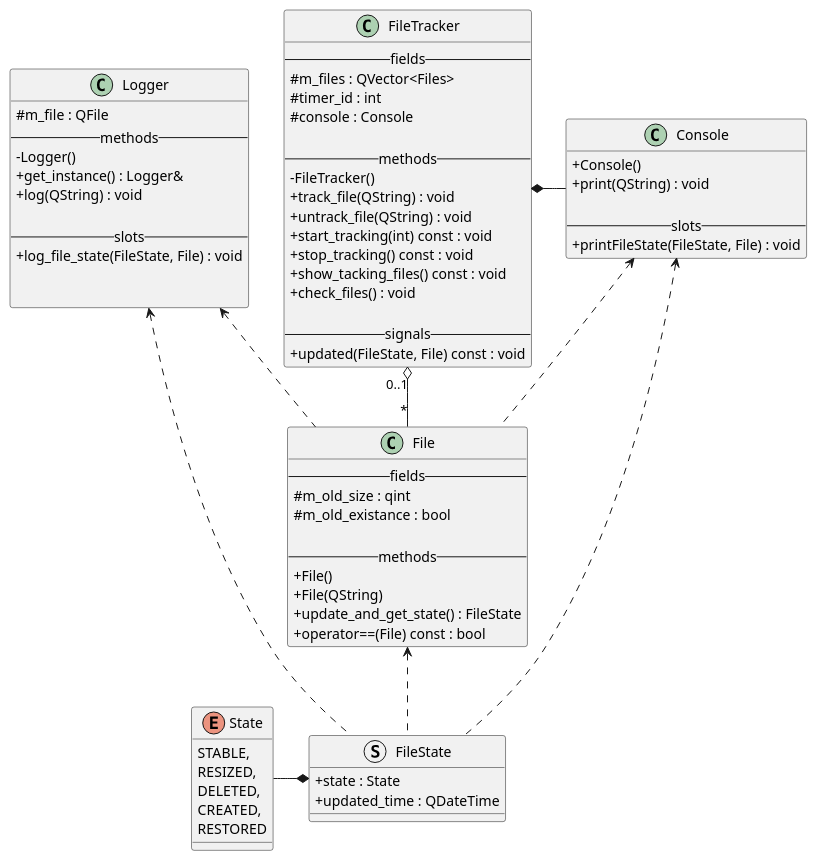
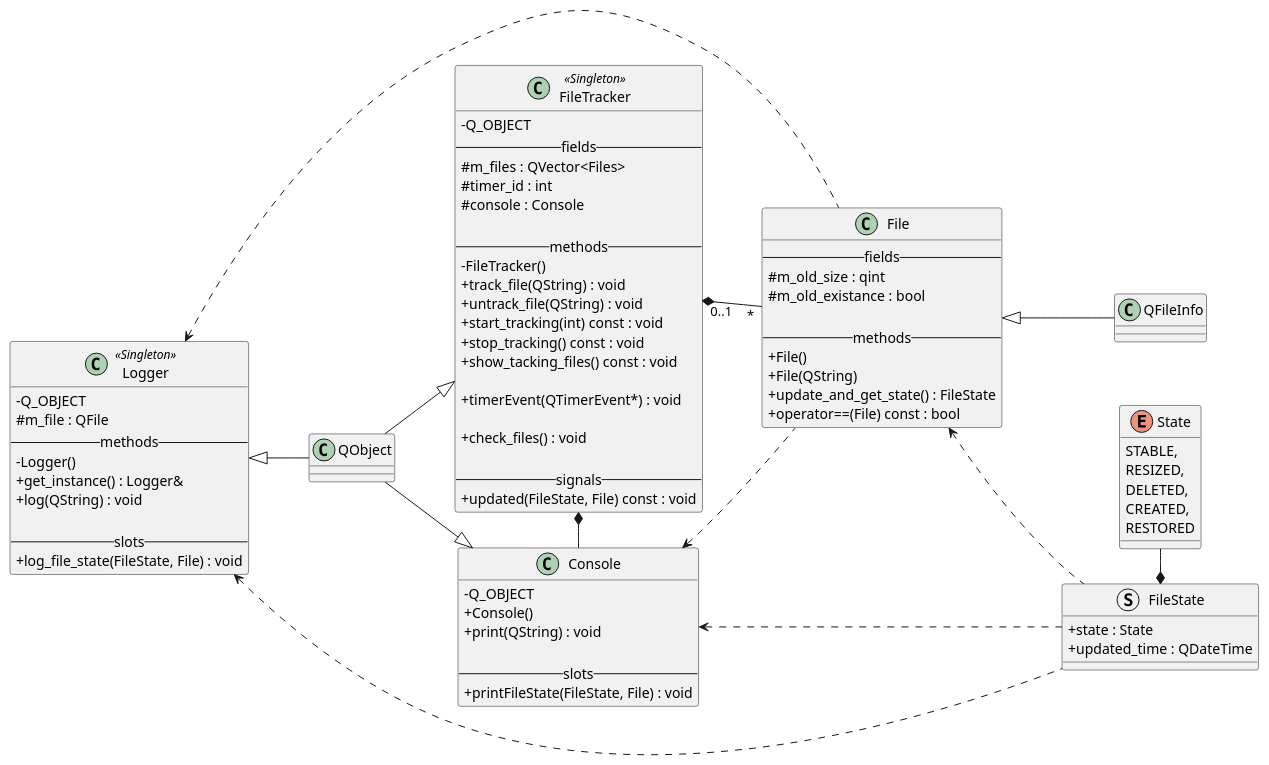
Before and after one commit to insert-zkm/QTConsoleFileManager: the diagram in UML/instance.puml, drawn with PlantUML.

Commit message:
uml added Singleton mark

```diff
--- a/UML/instance.puml
+++ b/UML/instance.puml
@@ -1,80 +1,93 @@
 @startuml
 skinparam classAttributeIconSize 0
+left to right direction
+
+class QFileInfo {}
+class QObject {}
 
 class Console {
+    - Q_OBJECT
     + Console()
     + print(QString) : void
 
     -- slots --
     + printFileState(FileState, File) : void
 }
 
-class Logger {
+class Logger <<Singleton>> {
+    - Q_OBJECT
     # m_file : QFile
     -- methods --
     - Logger()
     + get_instance() : Logger&
     + log(QString) : void
 
     -- slots --
     +log_file_state(FileState, File) : void
-
-
 }
 
 class File {
     -- fields --
     # m_old_size : qint
     # m_old_existance : bool
 
     -- methods --
     + File()
     + File(QString)
     + update_and_get_state() : FileState
     + operator==(File) const : bool
 }
 
-class FileTracker {
+class FileTracker <<Singleton>> {
+    - Q_OBJECT
     -- fields --
     # m_files : QVector<Files>
     # timer_id : int
     # console : Console
 
     -- methods --
     - FileTracker()
     + track_file(QString) : void
     + untrack_file(QString) : void
     + start_tracking(int) const : void
     + stop_tracking() const : void
     + show_tacking_files() const : void
+
+    + timerEvent(QTimerEvent*) : void
+
     + check_files() : void
 
     -- signals --
     + updated(FileState, File) const : void
 }
 
 enum State {
     STABLE,
     RESIZED,
     DELETED,
     CREATED,
     RESTORED
 }
 
 struct FileState {
     + state : State
     + updated_time : QDateTime
 }
 
-FileTracker "0..1" o-- "*" File
+FileTracker "0..1" *-- "*" File
 FileTracker *-right- Console
 
 Logger <.. File
 Logger <.. FileState
 
 Console <.. File
 Console <.. FileState
 
 FileState *-left- State
 File <.. FileState
+
+File <|-- QFileInfo
+FileTracker <|-left- QObject
+Console <|-- QObject
+Logger <|-- QObject
 @enduml
```
